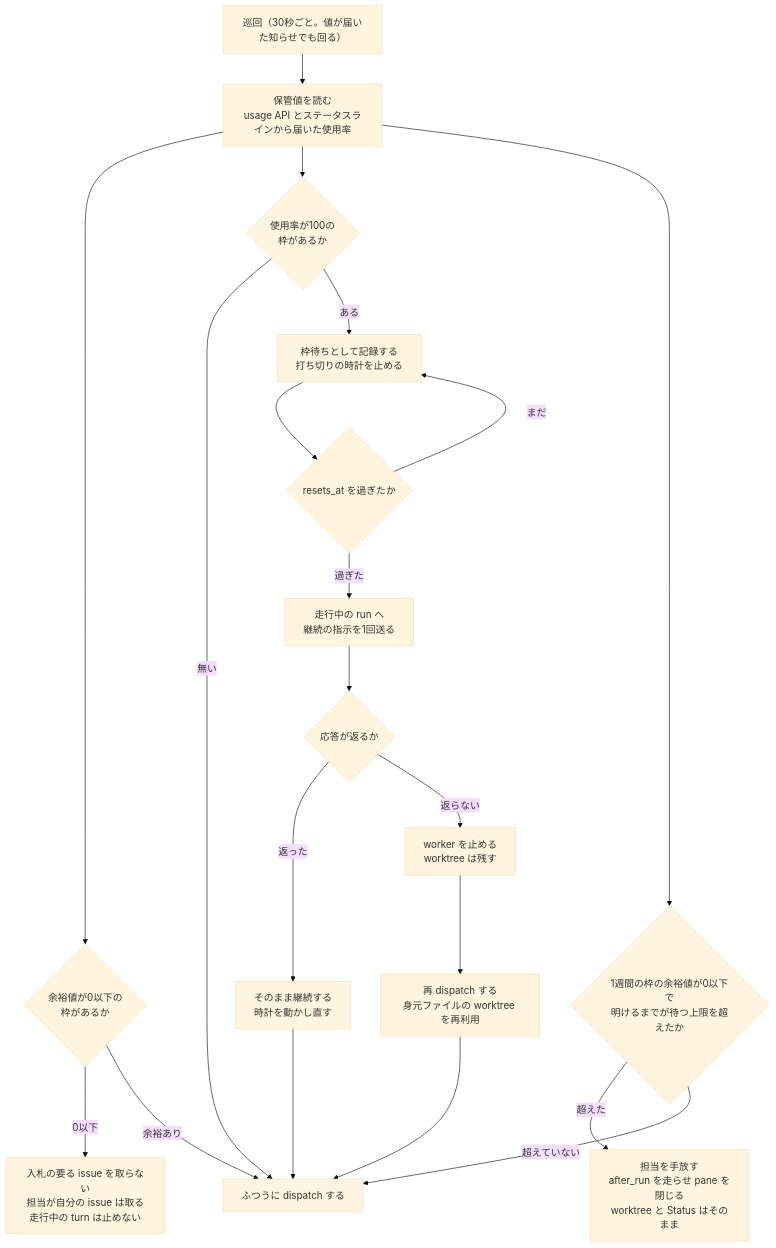
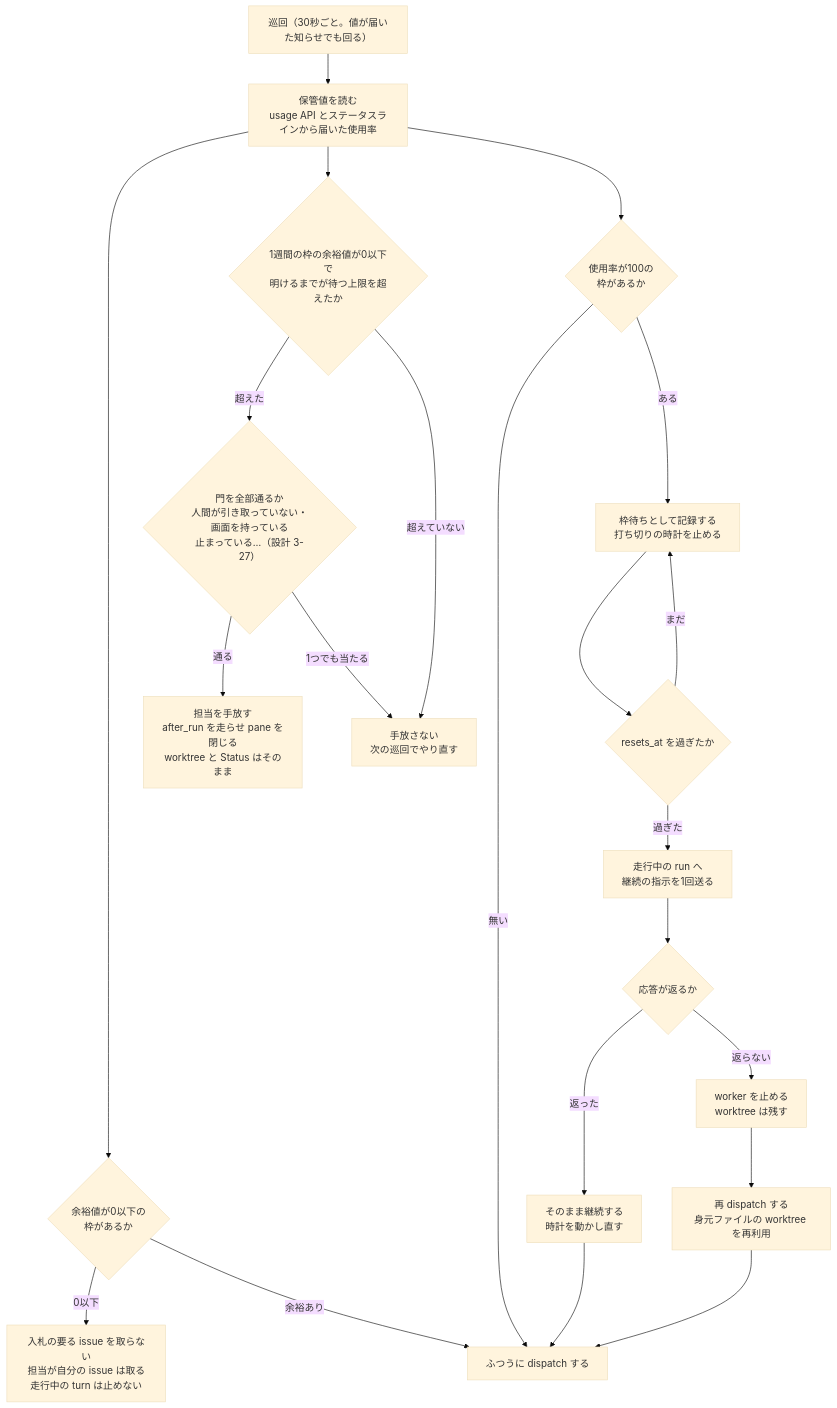
Before and after one commit to maimuzo/continuo: the fourth of 4 diagrams in docs/plans/continuo_design_slim.md, drawn with Mermaid (base theme). The commit also changed other lines of this file and 19 other files, not shown here.

````diff
--- a/docs/plans/continuo_design_slim.md
+++ b/docs/plans/continuo_design_slim.md
@@ -408,26 +408,28 @@
 ```mermaid
 flowchart TB
     poll["巡回（30秒ごと。値が届いた知らせでも回る）"] --> usage["保管値を読む<br/>usage API とステータスラインから届いた使用率"]
     usage --> over{"余裕値が0以下の<br/>枠があるか"}
     over -->|"0以下"| stop["入札の要る issue を取らない<br/>担当が自分の issue は取る<br/>走行中の turn は止めない"]
     over -->|"余裕あり"| normal["ふつうに dispatch する"]
 
     usage --> full{"使用率が100の<br/>枠があるか"}
     full -->|"無い"| normal
     full -->|"ある"| waiting["枠待ちとして記録する<br/>打ち切りの時計を止める"]
     waiting --> reset{"resets_at を過ぎたか"}
     reset -->|"まだ"| waiting
     reset -->|"過ぎた"| probe["走行中の run へ<br/>継続の指示を1回送る"]
 
     usage --> limit{"1週間の枠の余裕値が0以下で<br/>明けるまでが待つ上限を超えたか"}
-    limit -->|"超えた"| letgo["担当を手放す<br/>after_run を走らせ pane を閉じる<br/>worktree と Status はそのまま"]
-    limit -->|"超えていない"| normal
+    limit -->|"超えた"| gates{"門を全部通るか<br/>人間が引き取っていない・画面を持っている<br/>止まっている…（設計 3-27）"}
+    gates -->|"通る"| letgo["担当を手放す<br/>after_run を走らせ pane を閉じる<br/>worktree と Status はそのまま"]
+    gates -->|"1つでも当たる"| keep["手放さない<br/>次の巡回でやり直す"]
+    limit -->|"超えていない"| keep
 
     probe --> resp{"応答が返るか"}
     resp -->|"返った"| resume["そのまま継続する<br/>時計を動かし直す"]
     resp -->|"返らない"| kill["worker を止める<br/>worktree は残す"]
     kill --> redispatch["再 dispatch する<br/>身元ファイルの worktree を再利用"]
 
     resume --> normal
     redispatch --> normal
 ```
````
